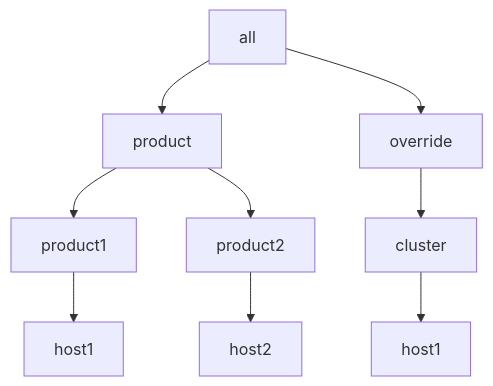
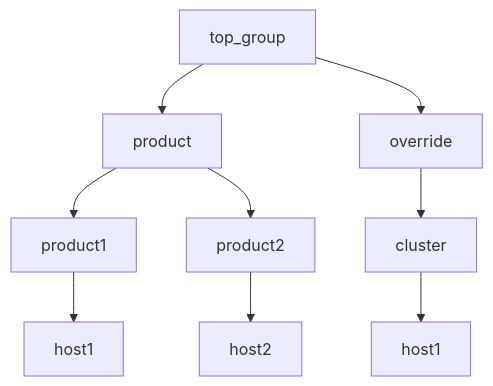
The diagram in tests/ansible-group-priority/example1/README.md (lj020326/Ansible-inventory-file-examples), drawn with Mermaid before and after one commit.

Commit message:
develop-lj - 	modified:   tests/ansible-group-priority/example1/README.md

````diff
--- a/tests/ansible-group-priority/example1/README.md
+++ b/tests/ansible-group-priority/example1/README.md
@@ -31,11 +31,11 @@
 ```mermaid
 graph TD;
-    A[all] --> B[product]
-    A[all] --> C[override]
+    A[top_group] --> B[product]
+    A[top_group] --> C[override]
     B --> D["product1"]
     B --> E["product2"]
     C --> F["cluster"]
     D --> G["host1"]
     E --> H["host2"]
     F --> I["host1"]
 ```
````
